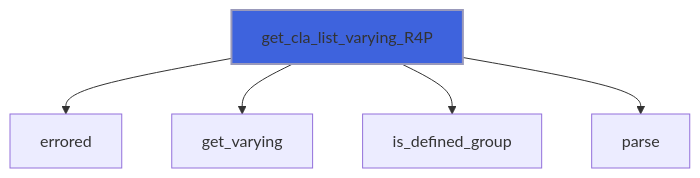
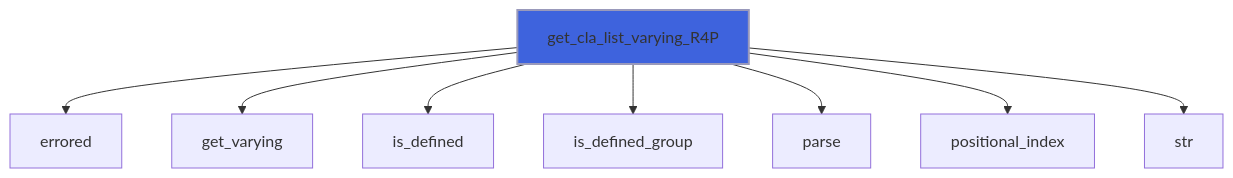
Diagram 24 of 57 in docs/api/src/lib/flap_command_line_interface_t.md (szaghi/FLAP), drawn with Mermaid before and after one commit. The commit also changed other lines of this file and 17 other files, not shown here.

````diff
--- a/docs/api/src/lib/flap_command_line_interface_t.md
+++ b/docs/api/src/lib/flap_command_line_interface_t.md
@@ -692,8 +977,11 @@
 ```mermaid
 flowchart TD
   get_cla_list_varying_R4P["get_cla_list_varying_R4P"] --> errored["errored"]
   get_cla_list_varying_R4P["get_cla_list_varying_R4P"] --> get_varying["get_varying"]
+  get_cla_list_varying_R4P["get_cla_list_varying_R4P"] --> is_defined["is_defined"]
   get_cla_list_varying_R4P["get_cla_list_varying_R4P"] --> is_defined_group["is_defined_group"]
   get_cla_list_varying_R4P["get_cla_list_varying_R4P"] --> parse["parse"]
+  get_cla_list_varying_R4P["get_cla_list_varying_R4P"] --> positional_index["positional_index"]
+  get_cla_list_varying_R4P["get_cla_list_varying_R4P"] --> str["str"]
   style get_cla_list_varying_R4P fill:#3e63dd,stroke:#99b,stroke-width:2px
 ```
````
